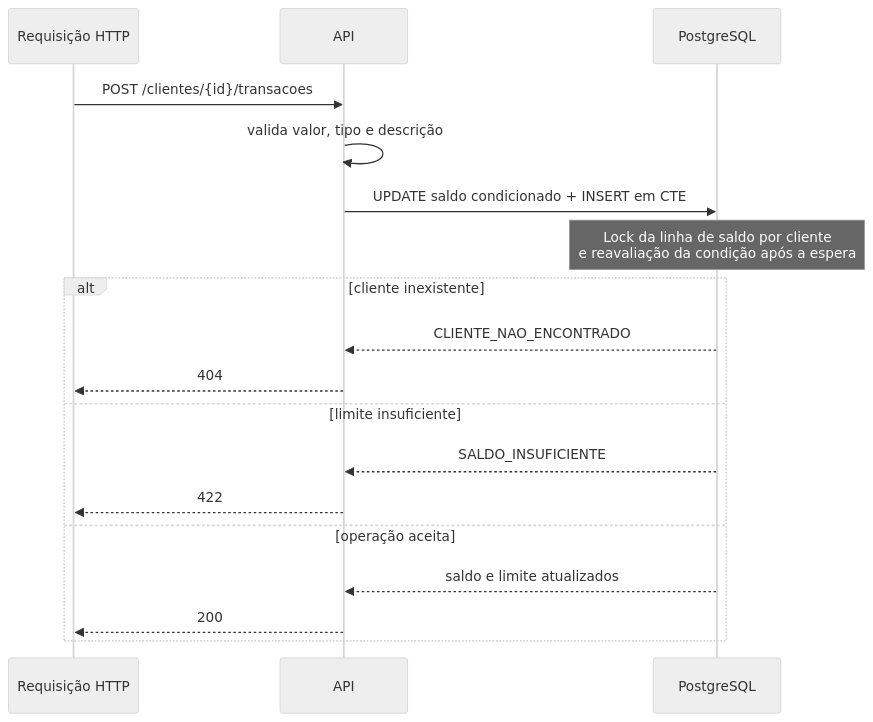
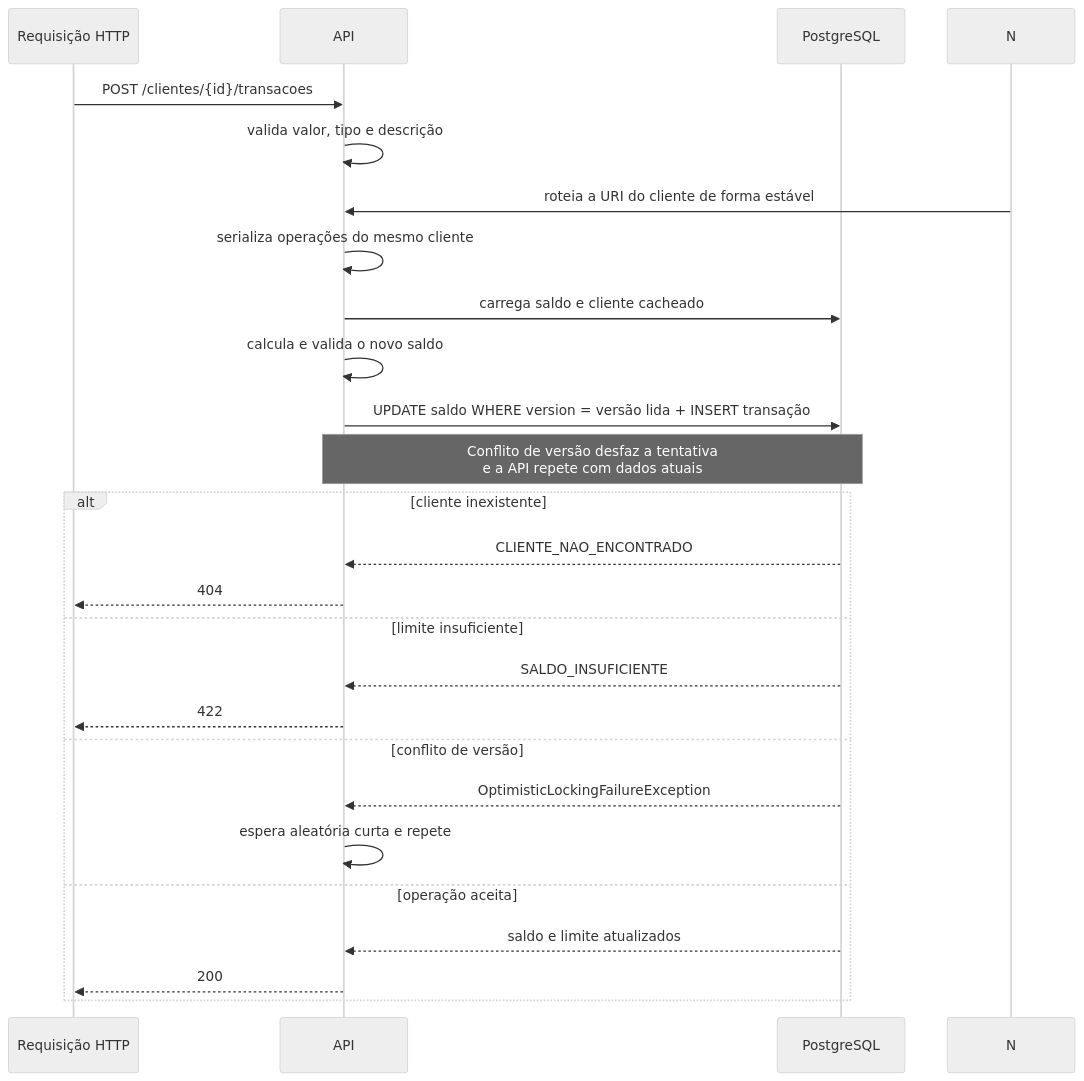
One commit to romjunior/minha-rinha-app-q1-2024-spring changed the second of 3 diagrams in README.md. Above: the diagram before and after it, drawn with Mermaid (neutral theme). The commit also changed other lines of this file and 25 other files, not shown here.

````diff
--- a/README.md
+++ b/README.md
@@ -68,21 +69,28 @@
 ```mermaid
 sequenceDiagram
     participant H as Requisição HTTP
     participant A as API
     participant D as PostgreSQL
 
     H->>A: POST /clientes/{id}/transacoes
     A->>A: valida valor, tipo e descrição
-    A->>D: UPDATE saldo condicionado + INSERT em CTE
-    Note over D: Lock da linha de saldo por cliente<br/>e reavaliação da condição após a espera
+    N->>A: roteia a URI do cliente de forma estável
+    A->>A: serializa operações do mesmo cliente
+    A->>D: carrega saldo e cliente cacheado
+    A->>A: calcula e valida o novo saldo
+    A->>D: UPDATE saldo WHERE version = versão lida + INSERT transação
+    Note over A,D: Conflito de versão desfaz a tentativa<br/>e a API repete com dados atuais
     alt cliente inexistente
         D-->>A: CLIENTE_NAO_ENCONTRADO
         A-->>H: 404
     else limite insuficiente
         D-->>A: SALDO_INSUFICIENTE
         A-->>H: 422
+    else conflito de versão
+        D-->>A: OptimisticLockingFailureException
+        A->>A: espera aleatória curta e repete
     else operação aceita
         D-->>A: saldo e limite atualizados
         A-->>H: 200
     end
 ```
````
